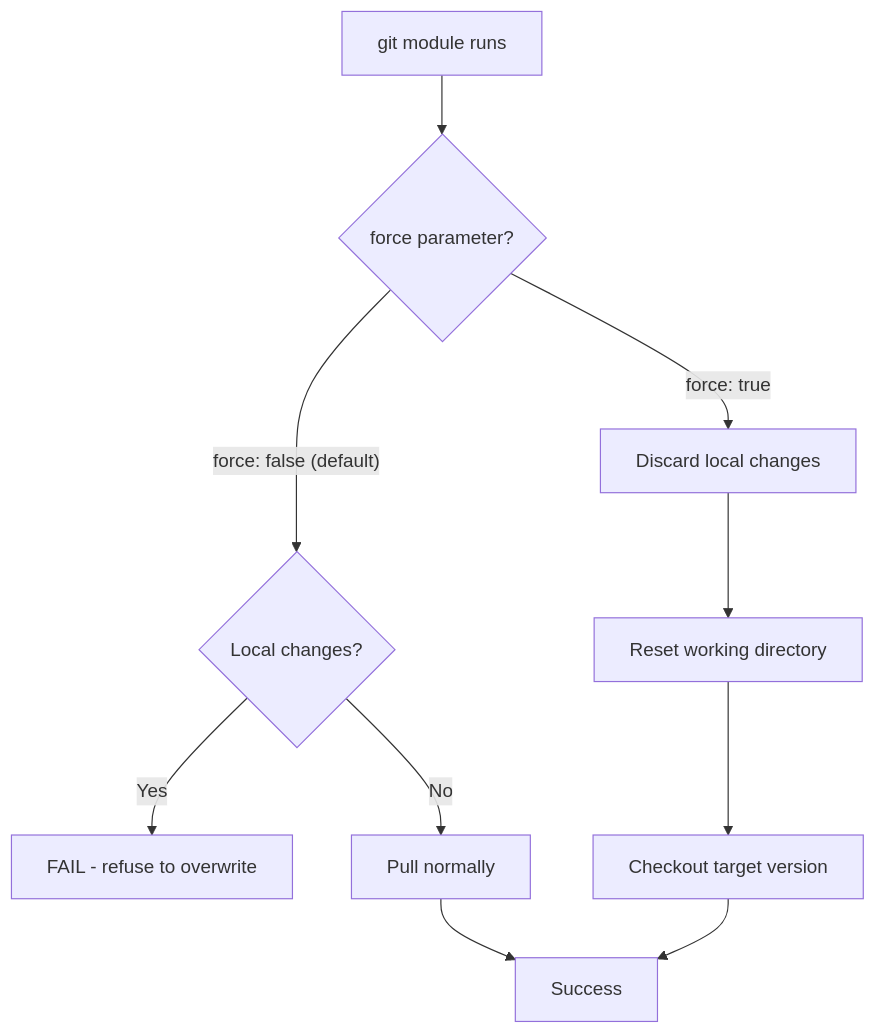
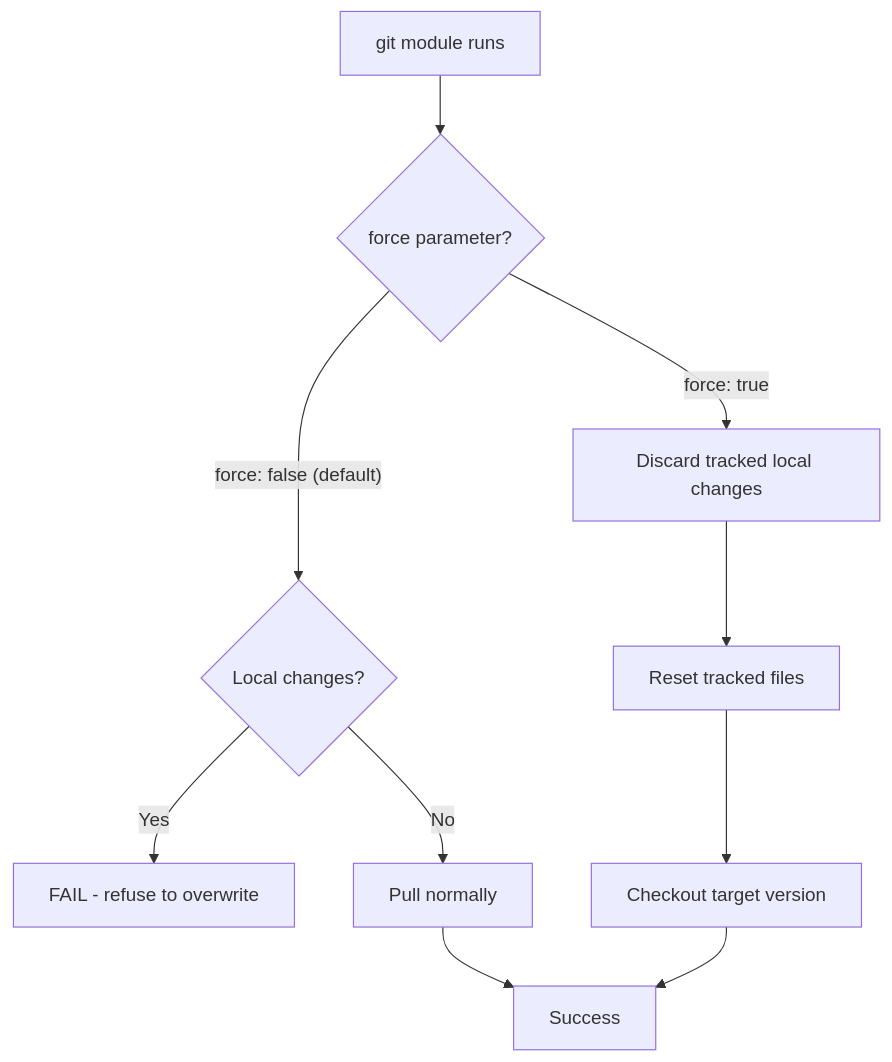
Before and after one commit to OneUptime/blog: the diagram in posts/2026-02-21-how-to-use-the-ansible-git-module-with-force-pull/README.md, drawn with Mermaid. The commit also changed other lines of this file and 2 other files, not shown here.

Commit message:
validate: 2026-02-21-how-to-use-the-ansible-git-module-with-force-pull

````diff
--- a/posts/2026-02-21-how-to-use-the-ansible-git-module-with-force-pull/README.md
+++ b/posts/2026-02-21-how-to-use-the-ansible-git-module-with-force-pull/README.md
@@ -59,12 +60,12 @@
 ```mermaid
 graph TD
     A[git module runs] --> B{force parameter?}
     B -->|"force: false (default)"| C{Local changes?}
     C -->|Yes| D[FAIL - refuse to overwrite]
     C -->|No| E[Pull normally]
-    B -->|"force: true"| F[Discard local changes]
-    F --> G[Reset working directory]
+    B -->|"force: true"| F[Discard tracked local changes]
+    F --> G[Reset tracked files]
     G --> H[Checkout target version]
     H --> I[Success]
     E --> I
 ```
````
